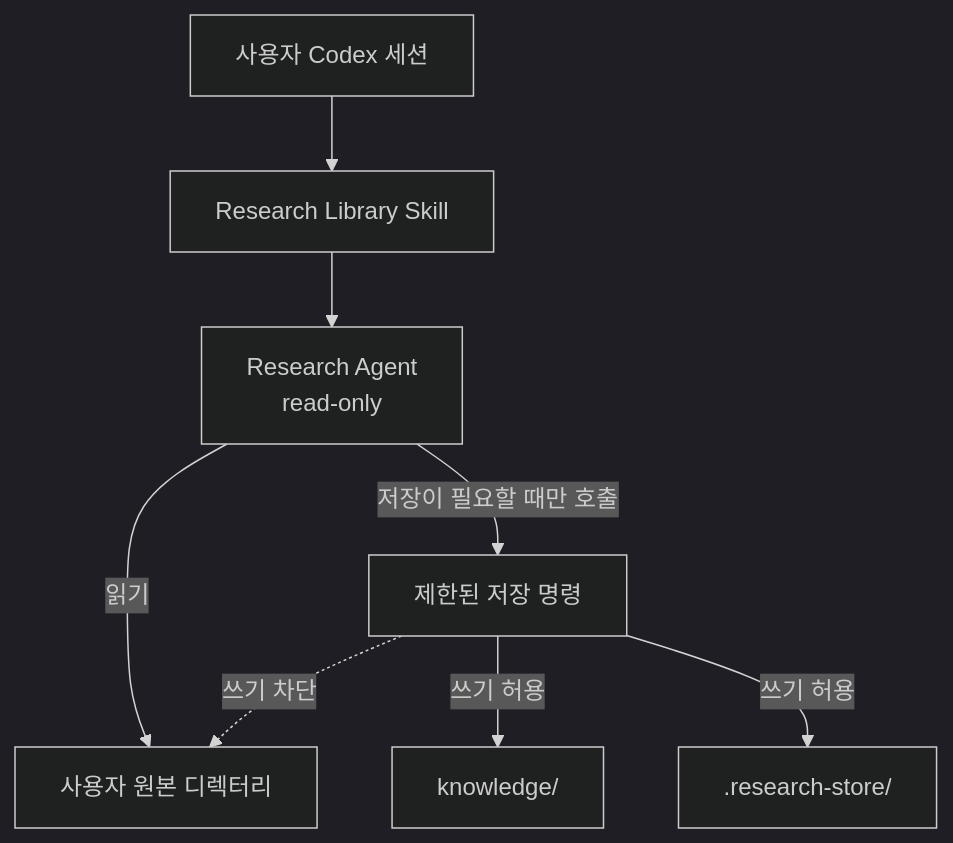
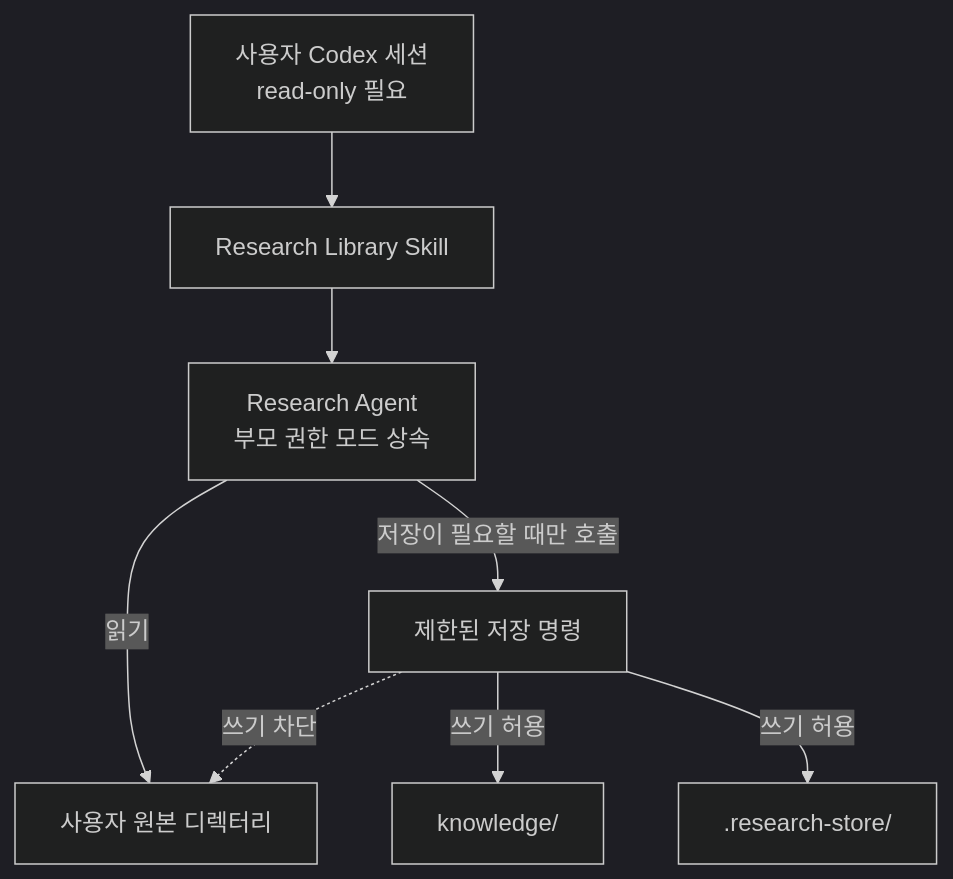
The first of 9 diagrams in docs/technical/README.md (LWH4Data/research-agent), drawn with Mermaid (dark theme) before and after one commit. The commit also changed other lines of this file and 39 other files, not shown here.

First line of the commit message:
Harden Research Agent storage and routing

````diff
--- a/docs/technical/README.md
+++ b/docs/technical/README.md
@@ -30,10 +31,10 @@
 ```mermaid
 flowchart TD
-    U[사용자 Codex 세션] --> S[Research Library Skill]
-    S --> A[Research Agent<br/>read-only]
+    U[사용자 Codex 세션<br/>read-only 필요] --> S[Research Library Skill]
+    S --> A[Research Agent<br/>부모 권한 모드 상속]
     A -->|읽기| P[사용자 원본 디렉터리]
     A -->|저장이 필요할 때만 호출| L[제한된 저장 명령]
     L -->|쓰기 허용| K[knowledge/]
     L -->|쓰기 허용| D[.research-store/]
     L -.->|쓰기 차단| P
 ```
````
